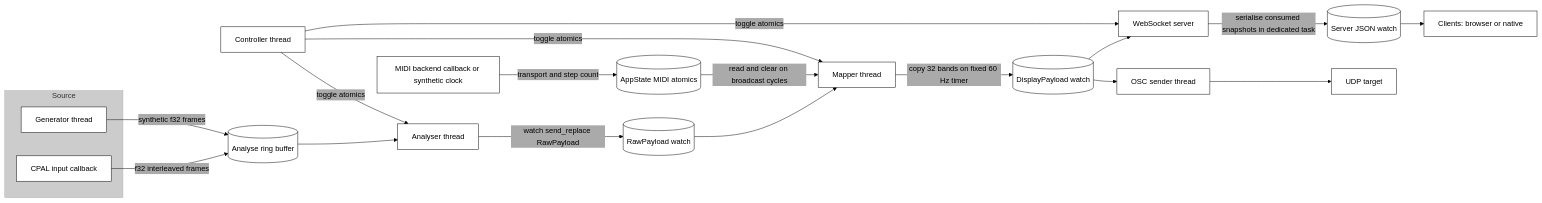
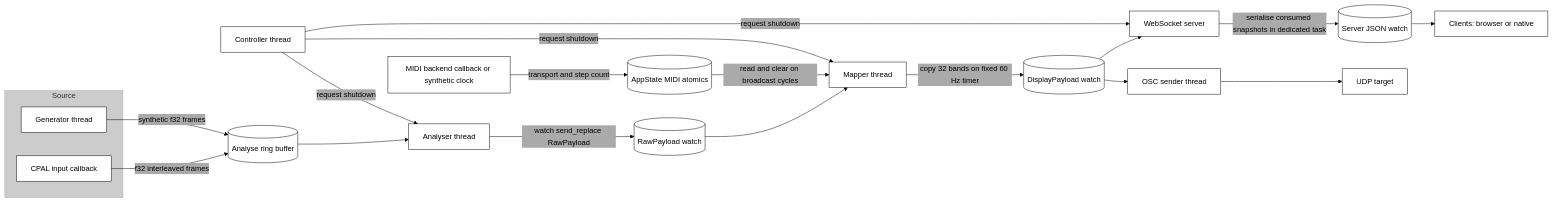
The second of 4 diagrams in docs/lifecycle.md (rayboyd/phase4), drawn with Mermaid before and after one commit. The commit also changed other lines of this file and 13 other files, not shown here.

````diff
--- a/docs/lifecycle.md
+++ b/docs/lifecycle.md
@@ -83,45 +83,45 @@
 ```mermaid
 %%{init: {
 	"theme": "base",
 	"themeVariables": {
 		"background": "#ffffff",
 		"fontFamily": "monospace",
 		"fontSize": "16px",
 		"lineColor": "#000",
 		"primaryBorderColor": "#000",
 		"primaryColor": "#fff",
 		"primaryTextColor": "#000",
 		"secondaryColor": "#aaa",
 		"tertiaryColor": "#ccc"
 	},
 	"flowchart": {
 		"curve": "basis",
 		"htmlLabels": true
 	}
 }}%%
 flowchart LR
 		subgraph Source
 			A1[CPAL input callback]:::source
 			A2[Generator thread]:::source
 		end
 
 		A1 -->|f32 interleaved frames| B2[(Analyse ring buffer)]
 		A2 -->|synthetic f32 frames| B2
 
 		B2 --> C2[Analyser thread]
 		C2 -->|watch send_replace RawPayload| E[(RawPayload watch)]
 		E --> F[Mapper thread]
 		F -->|copy 32 bands on fixed 60 Hz timer| G[(DisplayPayload watch)]
 		N1[MIDI backend callback or synthetic clock] -->|transport and step count| N2[(AppState MIDI atomics)]
 		N2 -->|read and clear on broadcast cycles| F
 		G --> H[WebSocket server]
 		H -->|serialise consumed snapshots in dedicated task| H2[(Server JSON watch)]
 		H2 --> I[Clients: browser or native]
 		G --> L[OSC sender thread]
 		L --> M[UDP target]
 
-		J[Controller thread] -->|toggle atomics| C2
-		J -->|toggle atomics| F
-		J -->|toggle atomics| H
+		J[Controller thread] -->|request shutdown| C2
+		J -->|request shutdown| F
+		J -->|request shutdown| H
 
 ```
````
